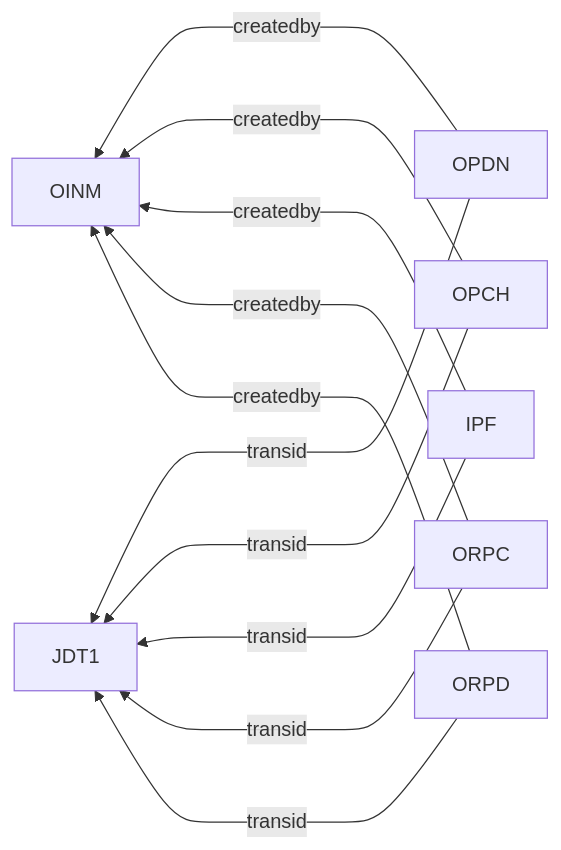
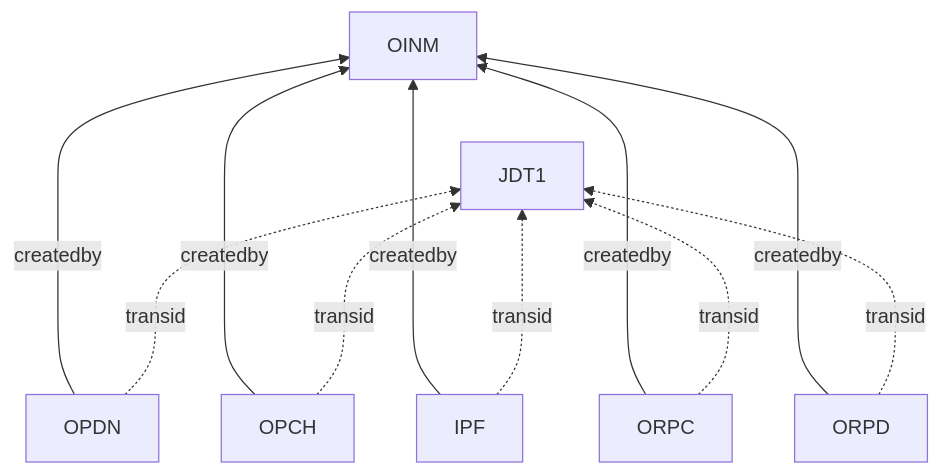
One commit to andyut/cnw_doc changed the diagram in awr_PembelianChecklist.md. Above: the diagram before and after it, drawn with Mermaid. The commit also changed other lines of this file, not shown here.

Commit message:
awr_PembelianChecklist.md updated from https://stackedit.io/

````diff
--- a/awr_PembelianChecklist.md
+++ b/awr_PembelianChecklist.md
@@ -21,15 +21,15 @@
 ```mermaid
-graph RL
+graph BT
 A[OPDN] ---->|createdby| x[OINM]
 B[OPCH] ---->|createdby| x[OINM]
 C[IPF] ---->|createdby| x[OINM]
 D[ORPC] ---->|createdby| x[OINM]
 E[ORPD] ---->|createdby| x[OINM]
 
-A[OPDN] ---->|transid| y[JDT1]
-B[OPCH] ---->|transid| y[JDT1]
-C[IPF] ---->|transid| y[JDT1]
-D[ORPC] ---->|transid| y[JDT1]
-E[ORPD] ---->|transid| y[JDT1]
+A[OPDN] -..->|transid| y[JDT1]
+B[OPCH] -..->|transid| y[JDT1]
+C[IPF] -..->|transid| y[JDT1]
+D[ORPC] -..->|transid| y[JDT1]
+E[ORPD] -..->|transid| y[JDT1]
 
 ```
````
